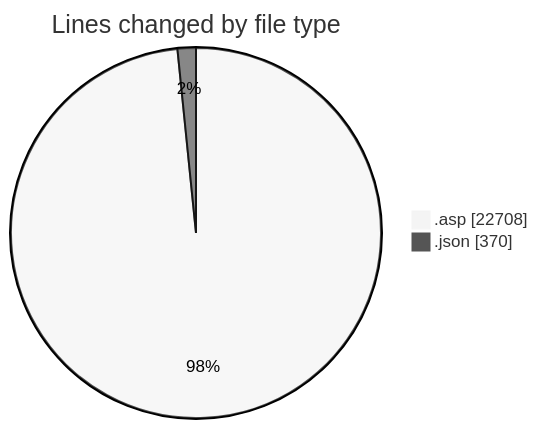
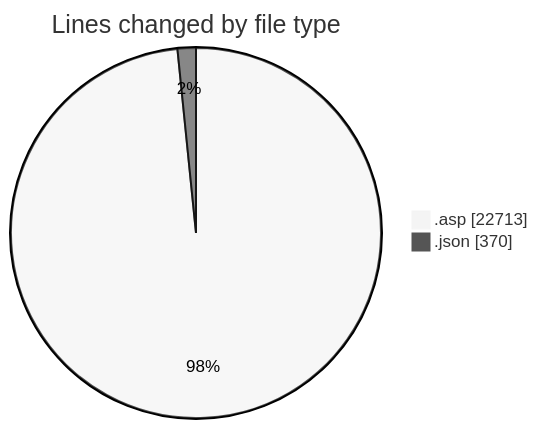
Before and after one commit to julien-gomy/code-tracking: the first of 2 diagrams in 2025-11-01/cdp_aleoudev_fr__workspace_/README.md, drawn with Mermaid (neutral theme). The commit also changed other lines of this file and 1 other file, not shown here.

````diff
--- a/2025-11-01/cdp_aleoudev_fr__workspace_/README.md
+++ b/2025-11-01/cdp_aleoudev_fr__workspace_/README.md
@@ -29,6 +29,6 @@
 ```mermaid
 pie showData
 title Lines changed by file type
-".asp" : 22708
+".asp" : 22713
 ".json" : 370
 ```
````
